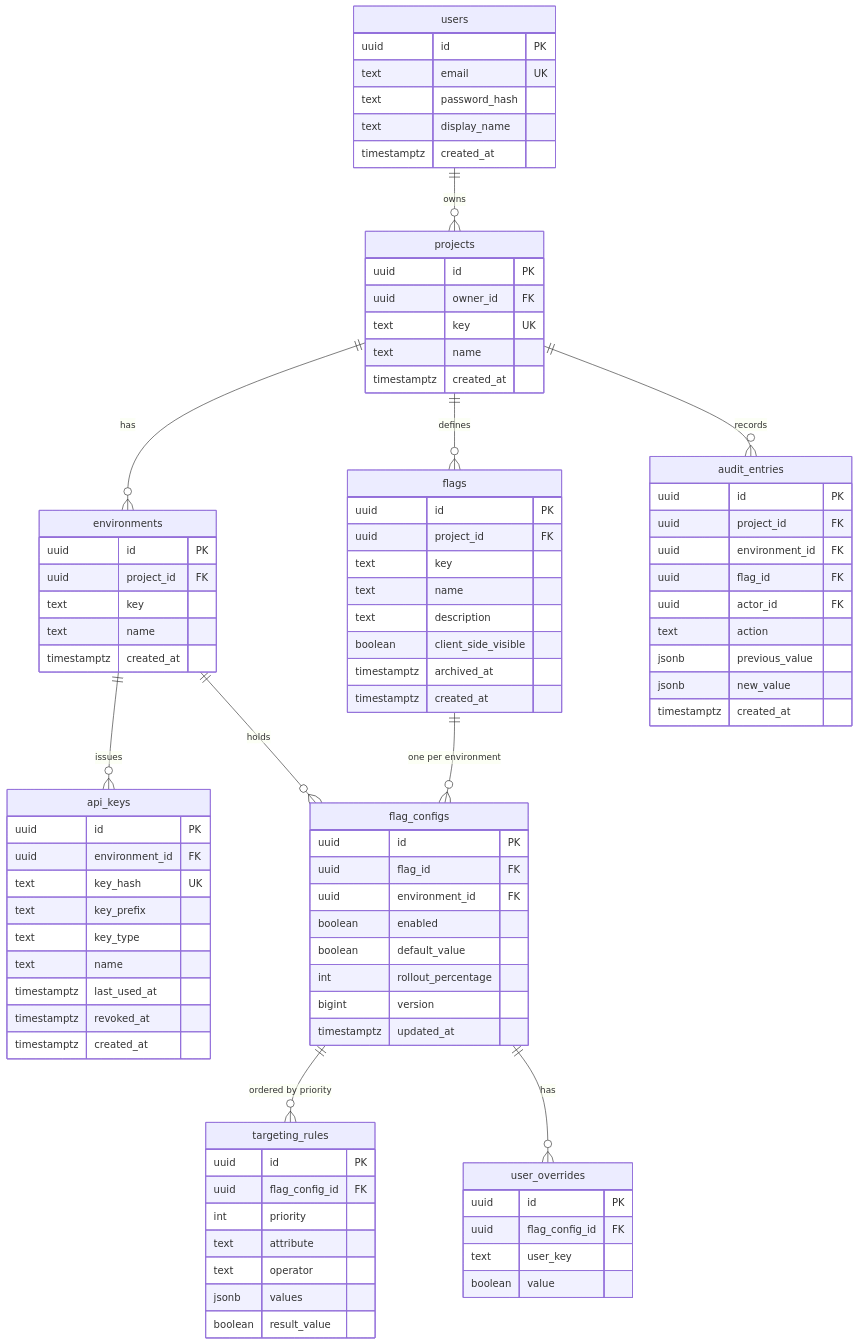
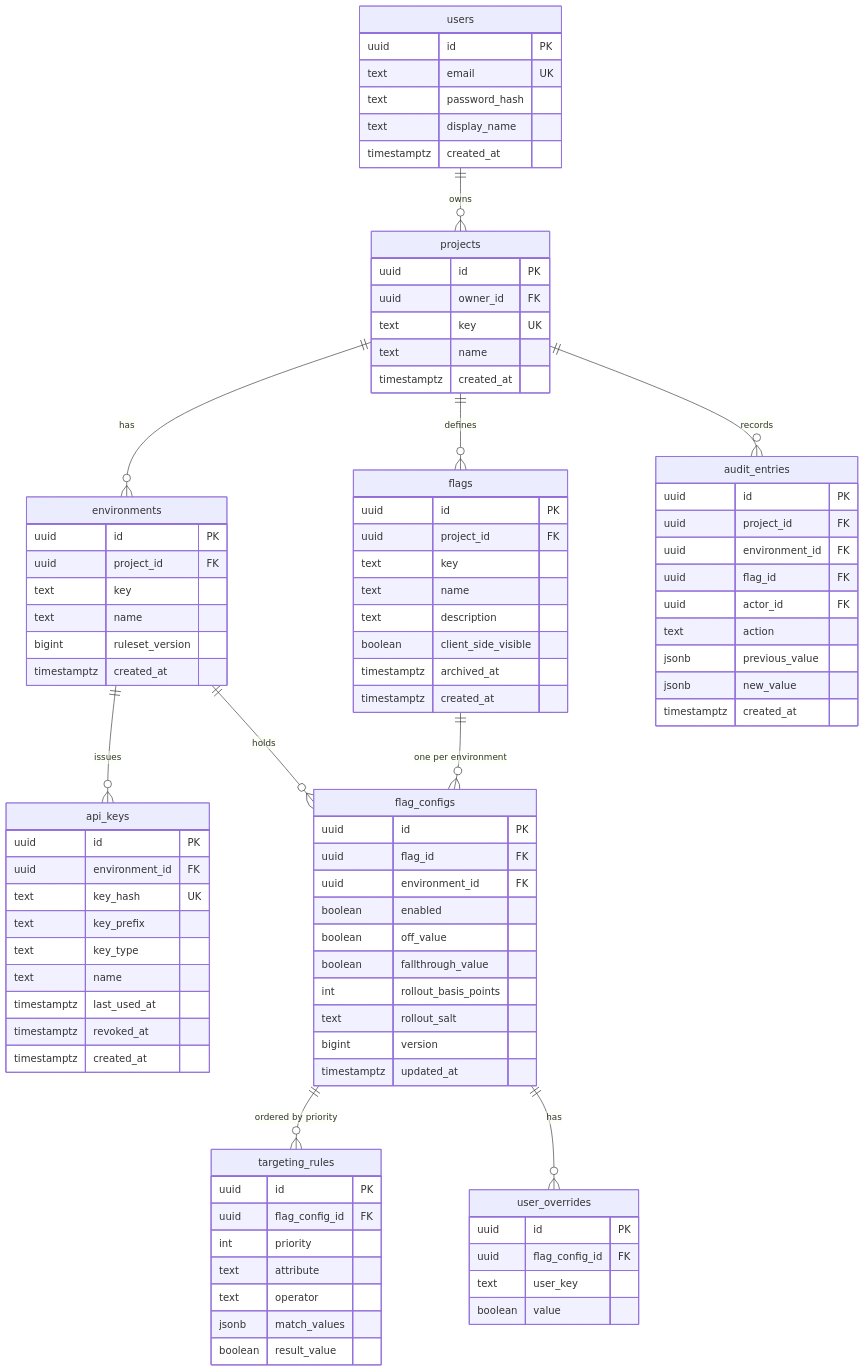
The diagram in docs/DATABASE.md (SanduniLiyanage/flaglane), drawn with Mermaid before and after one commit. The commit also changed other lines of this file and 11 other files, not shown here.

```diff
--- a/docs/DATABASE.md
+++ b/docs/DATABASE.md
@@ -36,6 +36,7 @@
         uuid project_id FK
         text key
         text name
+        bigint ruleset_version
         timestamptz created_at
     }
     api_keys {
@@ -64,8 +65,10 @@
         uuid flag_id FK
         uuid environment_id FK
         boolean enabled
-        boolean default_value
-        int rollout_percentage
+        boolean off_value
+        boolean fallthrough_value
+        int rollout_basis_points
+        text rollout_salt
         bigint version
         timestamptz updated_at
     }
@@ -75,7 +78,7 @@
         int priority
         text attribute
         text operator
-        jsonb values
+        jsonb match_values
         boolean result_value
     }
     user_overrides {
```
